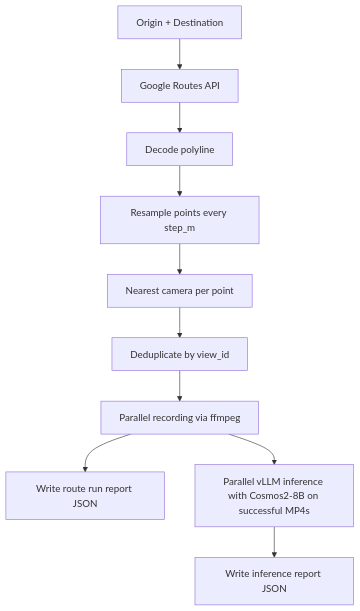
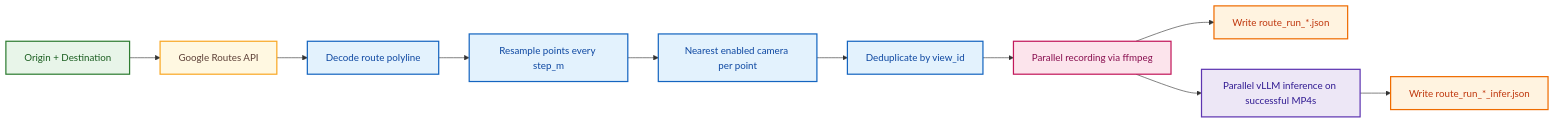
One commit to andrewashere/RoadState changed the diagram in README.md. Above: the diagram before and after it, drawn with Mermaid. The commit also changed other lines of this file and 4 other files, not shown here.

````diff
--- a/README.md
+++ b/README.md
@@ -39,12 +11,26 @@
 ```mermaid
-flowchart TD
+flowchart LR
     A[Origin + Destination] --> B[Google Routes API]
-    B --> C[Decode polyline]
+    B --> C[Decode route polyline]
     C --> D[Resample points every step_m]
-    D --> E[Nearest camera per point]
+    D --> E[Nearest enabled camera per point]
     E --> F[Deduplicate by view_id]
     F --> G[Parallel recording via ffmpeg]
-    G --> H[Write route run report JSON]
-    G --> I[Parallel vLLM inference with Cosmos2-8B on successful MP4s]
-    I --> J[Write inference report JSON]
+    G --> H[Write route_run_*.json]
+    G --> I[Parallel vLLM inference on successful MP4s]
+    I --> J[Write route_run_*_infer.json]
+
+    classDef input fill:#E8F5E9,stroke:#2E7D32,stroke-width:2px,color:#1B5E20
+    classDef external fill:#FFF8E1,stroke:#F9A825,stroke-width:2px,color:#5D4037
+    classDef process fill:#E3F2FD,stroke:#1565C0,stroke-width:2px,color:#0D47A1
+    classDef record fill:#FCE4EC,stroke:#C2185B,stroke-width:2px,color:#880E4F
+    classDef infer fill:#EDE7F6,stroke:#5E35B1,stroke-width:2px,color:#311B92
+    classDef output fill:#FFF3E0,stroke:#EF6C00,stroke-width:2px,color:#BF360C
+
+    class A input
+    class B external
+    class C,D,E,F process
+    class G record
+    class I infer
+    class H,J output
 ```
````
